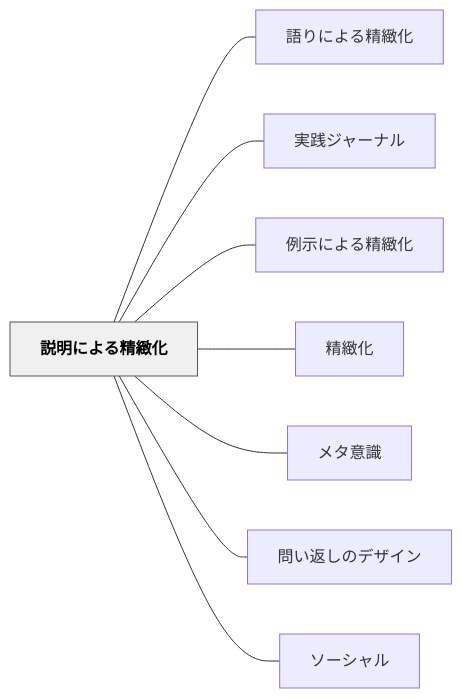
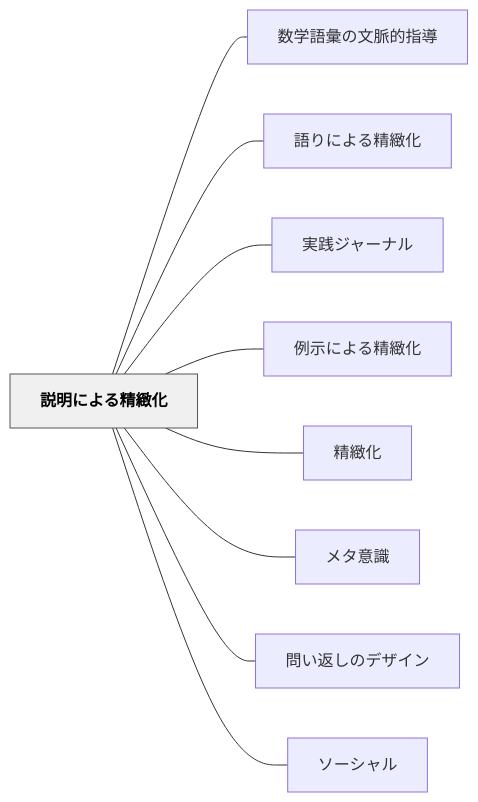
Before and after one commit to unknownthings-ed-patterns/unknownthings-ed-patterns: the diagram in content/パタン/説明による精緻化.md, drawn with Mermaid. The commit also changed other lines of this file and 47 other files, not shown here.

````diff
--- a/content/パタン/説明による精緻化.md
+++ b/content/パタン/説明による精緻化.md
@@ -55,22 +56,24 @@
 ```mermaid
 flowchart LR
     ne8aaace6988e["説明による精緻化"]
+    ne695b0e5ada6["数学語彙の文脈的指導"]
     ne8aa9ee3828a["語りによる精緻化"]
     ne5ae9fe8b7b5["実践ジャーナル"]
     ne4be8be7a4ba["例示による精緻化"]
     ne7b2bee7b7bb["精緻化"]
     ne383a1e382bf["メタ意識"]
     ne5958fe38184["問い返しのデザイン"]
     ne382bde383bc["ソーシャル"]
 
+    ne8aaace6988e --- ne695b0e5ada6
     ne8aaace6988e --- ne8aa9ee3828a
     ne8aaace6988e --- ne5ae9fe8b7b5
     ne8aaace6988e --- ne4be8be7a4ba
     ne8aaace6988e --- ne7b2bee7b7bb
     ne8aaace6988e --- ne383a1e382bf
     ne8aaace6988e --- ne5958fe38184
     ne8aaace6988e --- ne382bde383bc
 
     classDef hub fill:#f0f0f0,stroke:#555,color:#000,font-weight:bold
     class ne8aaace6988e hub
 ```
````
